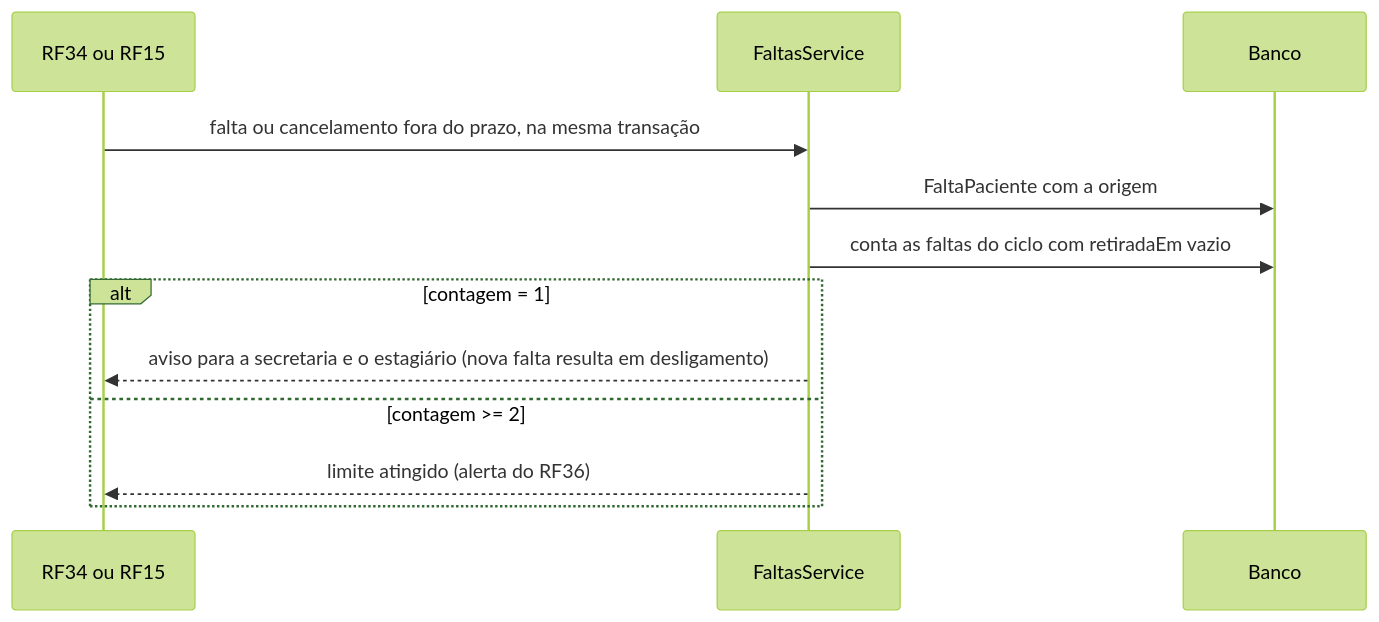
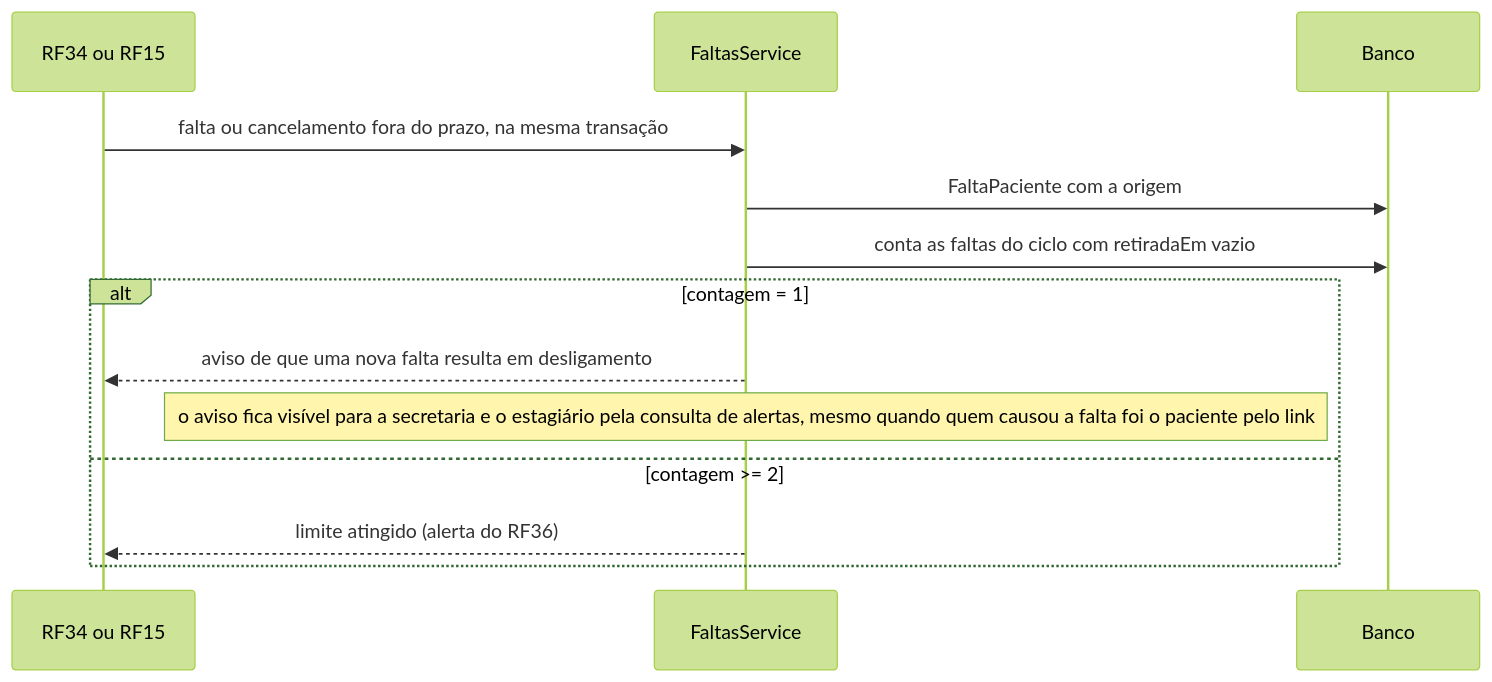
Before and after one commit to mdsreq-fga-unb/REQ-2026.2-T02-ClinicaEscolaFBr: diagram 21 of 24 in documentacao/docs/unidade-3/projeto-features-ciclo-4.md, drawn with Mermaid (forest theme). The commit also changed other lines of this file and 3 other files, not shown here.

````diff
--- a/documentacao/docs/unidade-3/projeto-features-ciclo-4.md
+++ b/documentacao/docs/unidade-3/projeto-features-ciclo-4.md
@@ -888,14 +900,15 @@
 ```mermaid
 sequenceDiagram
     participant F as RF34 ou RF15
     participant S as FaltasService
     participant DB as Banco
     F->>S: falta ou cancelamento fora do prazo, na mesma transação
     S->>DB: FaltaPaciente com a origem
     S->>DB: conta as faltas do ciclo com retiradaEm vazio
     alt contagem = 1
-        S-->>F: aviso para a secretaria e o estagiário (nova falta resulta em desligamento)
+        S-->>F: aviso de que uma nova falta resulta em desligamento
+        Note over S: o aviso fica visível para a secretaria e o estagiário pela consulta de alertas, mesmo quando quem causou a falta foi o paciente pelo link
     else contagem >= 2
         S-->>F: limite atingido (alerta do RF36)
     end
 ```
````
